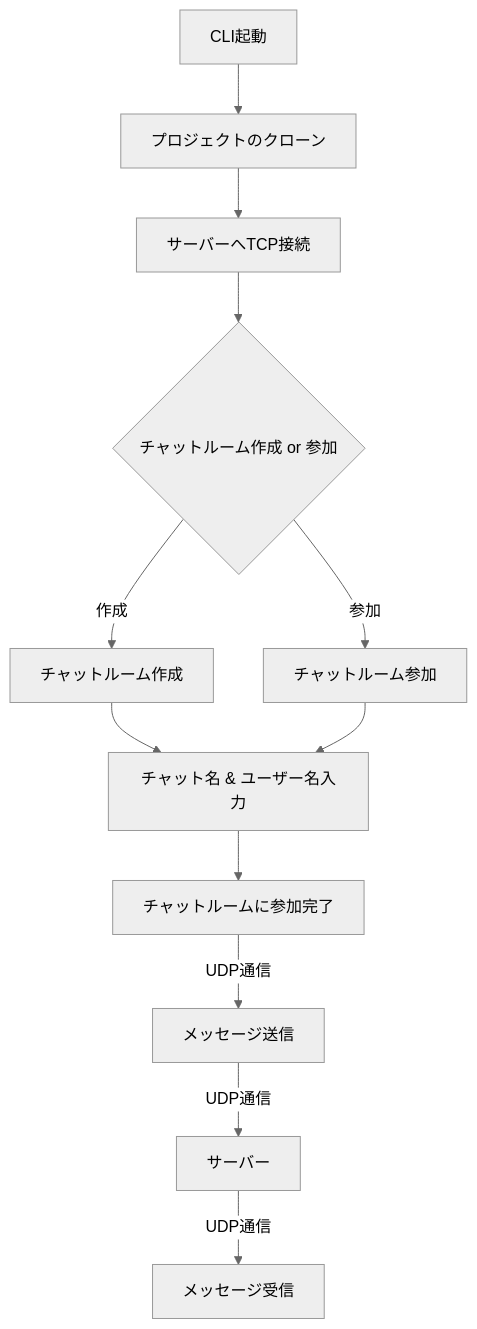
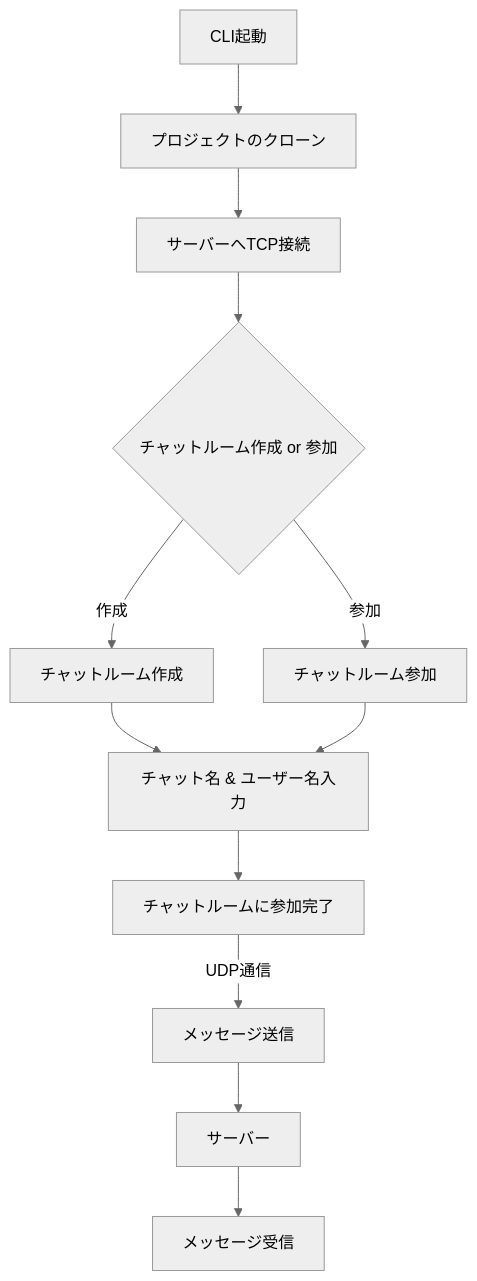
The diagram in README.md (BackendExplorer/Tenshin), drawn with Mermaid (neutral theme) before and after one commit.

````diff
--- a/README.md
+++ b/README.md
@@ -2,15 +2,15 @@
 ```mermaid
 graph TD
-    A[CLI起動] --> B[プロジェクトのクローン]
-    B --> C[サーバーへTCP接続]
+    A[CLI起動] --> B[プロジェクトのクローン] --> C[サーバーへTCP接続]
     C --> D{チャットルーム作成 or 参加}
+    
     D -- 作成 --> E[チャットルーム作成]
     D -- 参加 --> F[チャットルーム参加]
+    
     E --> G[チャット名 & ユーザー名入力]
     F --> G
+    
     G --> H[チャットルームに参加完了]
     
-    H -->|UDP通信| I[メッセージ送信]
-    I -->|UDP通信| J[サーバー]
-    J -->|UDP通信| K[メッセージ受信]
+    H -->|UDP通信| I[メッセージ送信] --> J[サーバー] --> K[メッセージ受信]
 ```
````
